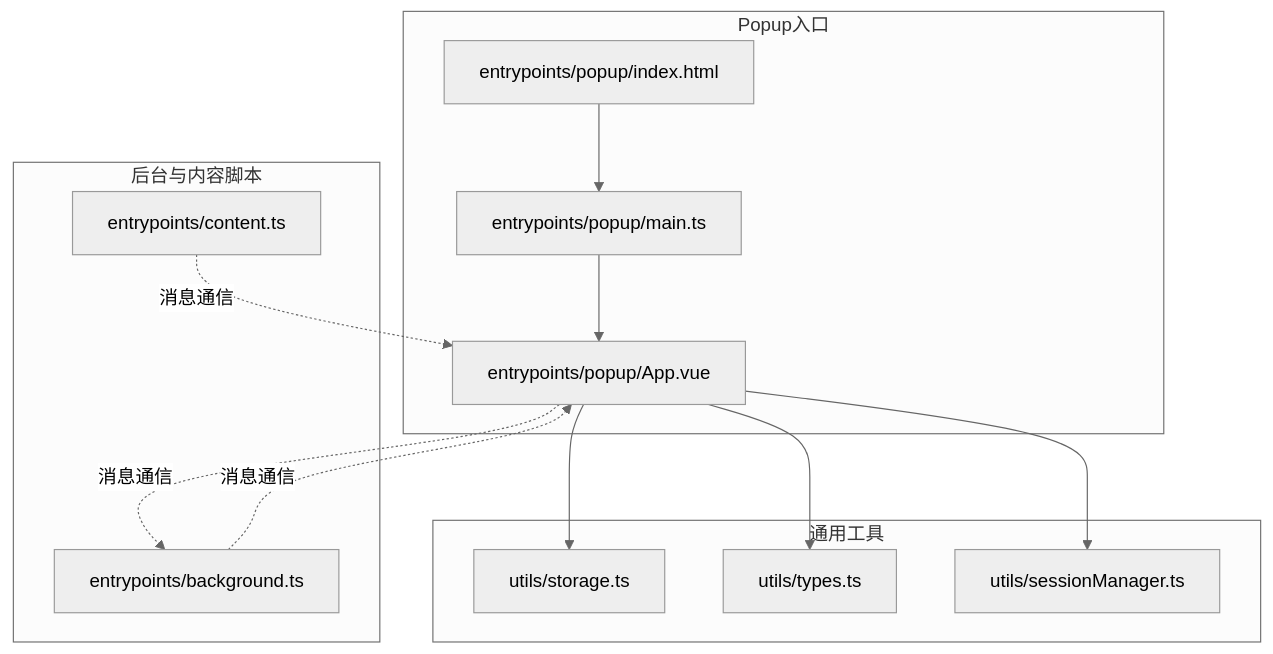
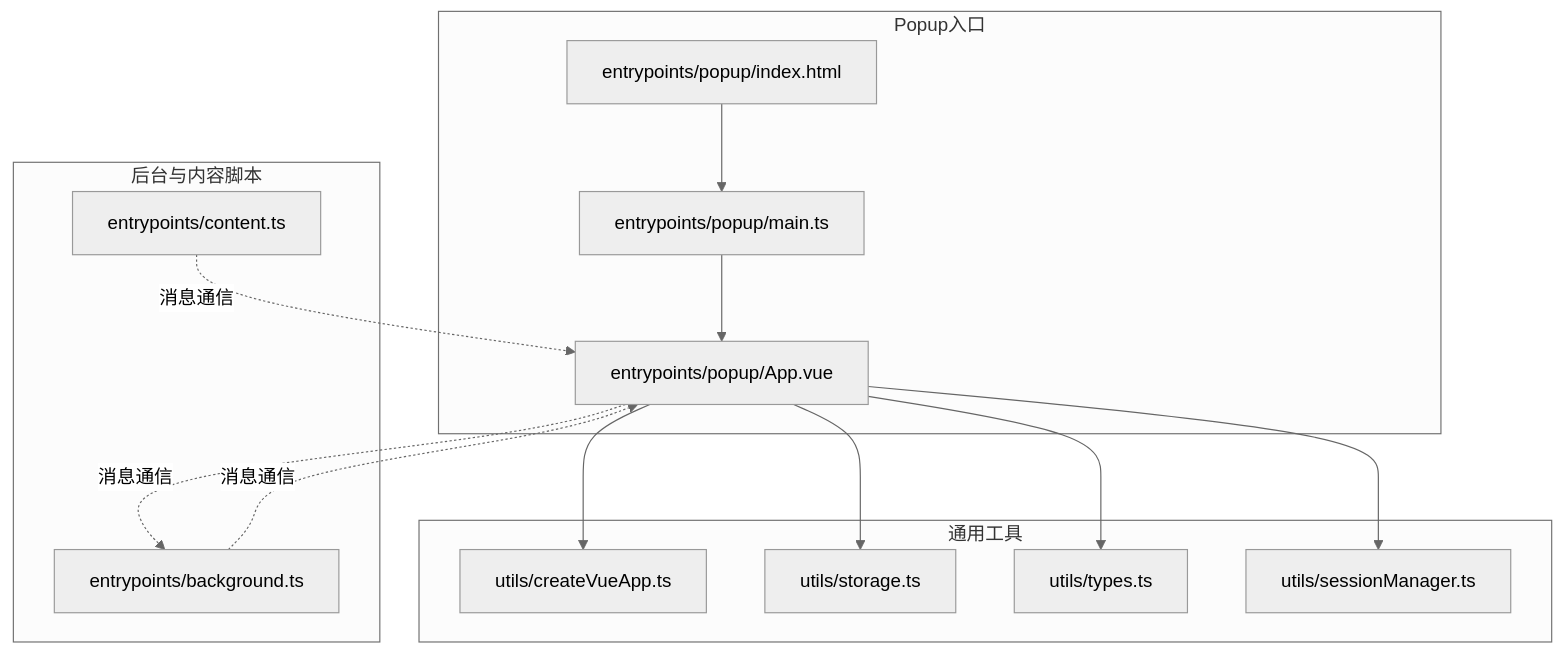
One commit to liaolongdong/account-password-helper changed the first of 5 diagrams in .qoder/repowiki/zh/content/扩展入口点/Popup Interface.md. Above: the diagram before and after it, drawn with Mermaid (neutral theme). The commit also changed other lines of this file and 1 other file, not shown here.

````diff
--- a/.qoder/repowiki/zh/content/扩展入口点/Popup Interface.md
+++ b/.qoder/repowiki/zh/content/扩展入口点/Popup Interface.md
@@ -43,24 +45,26 @@
 ```mermaid
 graph TB
 subgraph "Popup入口"
 A["entrypoints/popup/index.html"]
 B["entrypoints/popup/main.ts"]
 C["entrypoints/popup/App.vue"]
 end
 subgraph "通用工具"
-D["utils/storage.ts"]
-E["utils/types.ts"]
-F["utils/sessionManager.ts"]
+D["utils/createVueApp.ts"]
+E["utils/storage.ts"]
+F["utils/types.ts"]
+G["utils/sessionManager.ts"]
 end
 subgraph "后台与内容脚本"
-G["entrypoints/background.ts"]
-H["entrypoints/content.ts"]
+H["entrypoints/background.ts"]
+I["entrypoints/content.ts"]
 end
 A --> B --> C
 C --> D
 C --> E
 C --> F
-C -.消息通信.-> G
-G -.消息通信.-> C
+C --> G
+C -.消息通信.-> H
 H -.消息通信.-> C
+I -.消息通信.-> C
 ```
````
